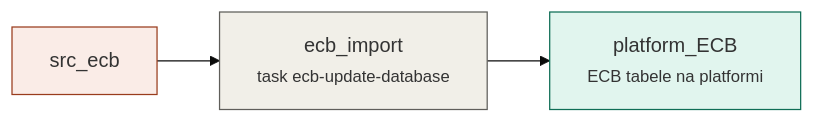
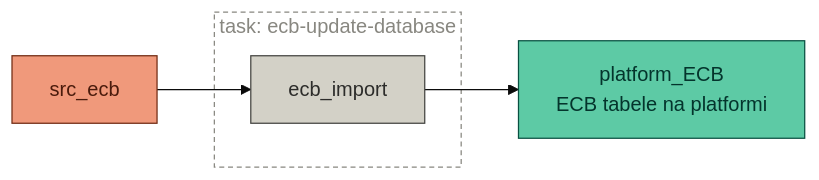
One commit to majazaloznik/umar-automation-scripts changed the diagram in docs/pipelines/task-ecb-update-database.md. Above: the diagram before and after it, drawn with Mermaid (base theme). The commit also changed 31 other files, not shown here.

Commit message:
Update mermaid plots in pipelines

````diff
--- a/docs/pipelines/task-ecb-update-database.md
+++ b/docs/pipelines/task-ecb-update-database.md
@@ -21,12 +21,15 @@
 ```mermaid
 flowchart LR
-  src_ecb["src_ecb<br/><small></small>"]:::source
-  platform_ECB["platform_ECB<br/><small>ECB tabele na platformi</small>"]:::store
-  ecb_import["ecb_import<br/><small>task ecb-update-database</small>"]:::step
+  src_ecb["src_ecb"]:::source
+  platform_ECB["platform_ECB<br/>ECB tabele na platformi"]:::store
+  subgraph task_ecb_update_database["task: ecb-update-database"]
+    ecb_import["ecb_import"]:::step
+  end
+  style task_ecb_update_database fill:none,stroke:#888780,stroke-dasharray:4 3,color:#888780
   src_ecb --> ecb_import
   ecb_import --> platform_ECB
-  classDef source fill:#FAECE7,stroke:#993C1D
-  classDef step fill:#F1EFE8,stroke:#5F5E5A
-  classDef store fill:#E1F5EE,stroke:#0F6E56
-  classDef output fill:#EEEDFE,stroke:#534AB7
+  classDef source fill:#F0997B,stroke:#712B13,color:#4A1B0C,stroke-width:1px
+  classDef step fill:#D3D1C7,stroke:#444441,color:#2C2C2A,stroke-width:1px
+  classDef store fill:#5DCAA5,stroke:#085041,color:#04342C,stroke-width:1px
+  classDef output fill:#AFA9EC,stroke:#3C3489,color:#26215C,stroke-width:1px
 ```
````
